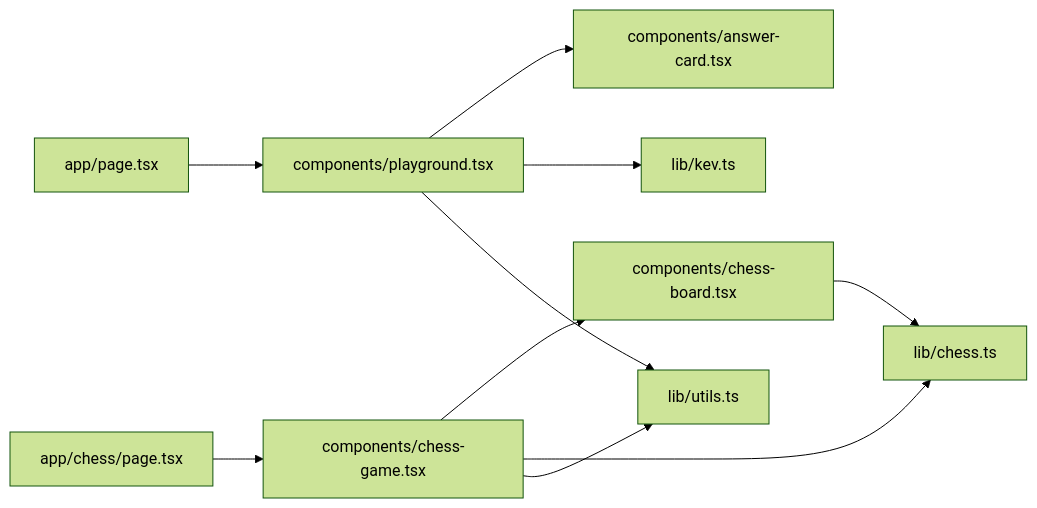
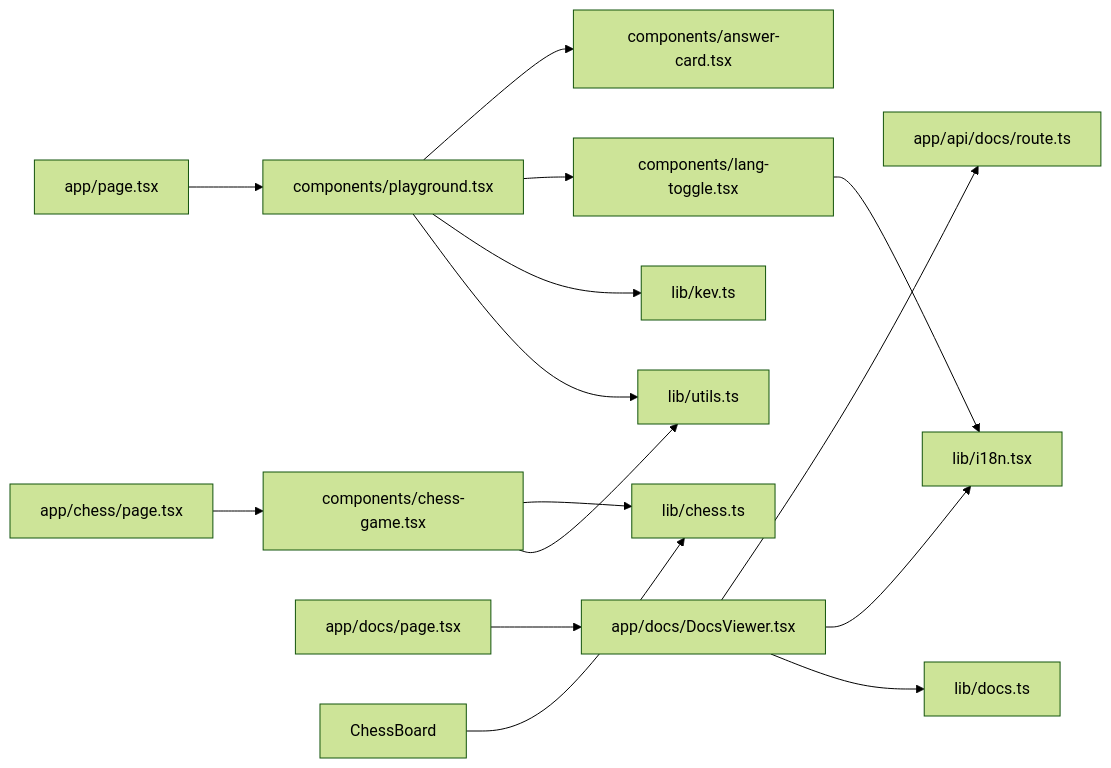
The fifth of 5 diagrams in .qoder/repowiki/zh/content/Playground 界面.md (joezxh/kev), drawn with Mermaid (forest theme) before and after one commit. The commit also changed other lines of this file and 193 other files, not shown here.

````diff
--- a/.qoder/repowiki/zh/content/Playground 界面.md
+++ b/.qoder/repowiki/zh/content/Playground 界面.md
@@ -271,12 +406,17 @@
 ```mermaid
 graph LR
 Page["app/page.tsx"] --> Playground["components/playground.tsx"]
 ChessPage["app/chess/page.tsx"] --> ChessGame["components/chess-game.tsx"]
-ChessGame --> ChessBoard["components/chess-board.tsx"]
+DocsPage["app/docs/page.tsx"] --> DocsViewer["app/docs/DocsViewer.tsx"]
+DocsViewer --> DocsAPI["app/api/docs/route.ts"]
 Playground --> AnswerCard["components/answer-card.tsx"]
+Playground --> LangToggle["components/lang-toggle.tsx"]
 Playground --> KevClient["lib/kev.ts"]
 ChessGame --> ChessLib["lib/chess.ts"]
 ChessBoard --> ChessLib
 Playground --> Utils["lib/utils.ts"]
 ChessGame --> Utils
+DocsViewer --> I18n["lib/i18n.tsx"]
+DocsViewer --> DocsLib["lib/docs.ts"]
+LangToggle --> I18n
 ```
````
